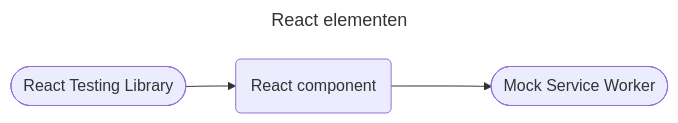
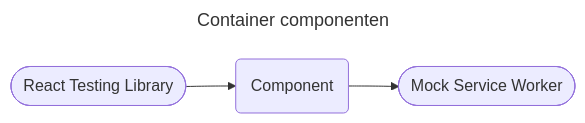
The second of 5 diagrams in documentatie/ontwikkelproces/test-tooling.md (kiesraad/abacus), drawn with Mermaid before and after one commit. The commit also changed other lines of this file, not shown here.

Commit message:
adds distinction between presentational and container components; simplifies things

````diff
--- a/documentatie/ontwikkelproces/test-tooling.md
+++ b/documentatie/ontwikkelproces/test-tooling.md
@@ -58,13 +56,13 @@
 ```mermaid
 ---
-title: React elementen
+title: Container componenten
 ---
 flowchart LR
-    react-component(React component)
+    component(Component)
 
     rtl([React Testing Library])
     msw([Mock Service Worker])
 
-    rtl --> react-component
-    react-component ---> msw
+    rtl --> component
+    component --> msw
 ```
````
